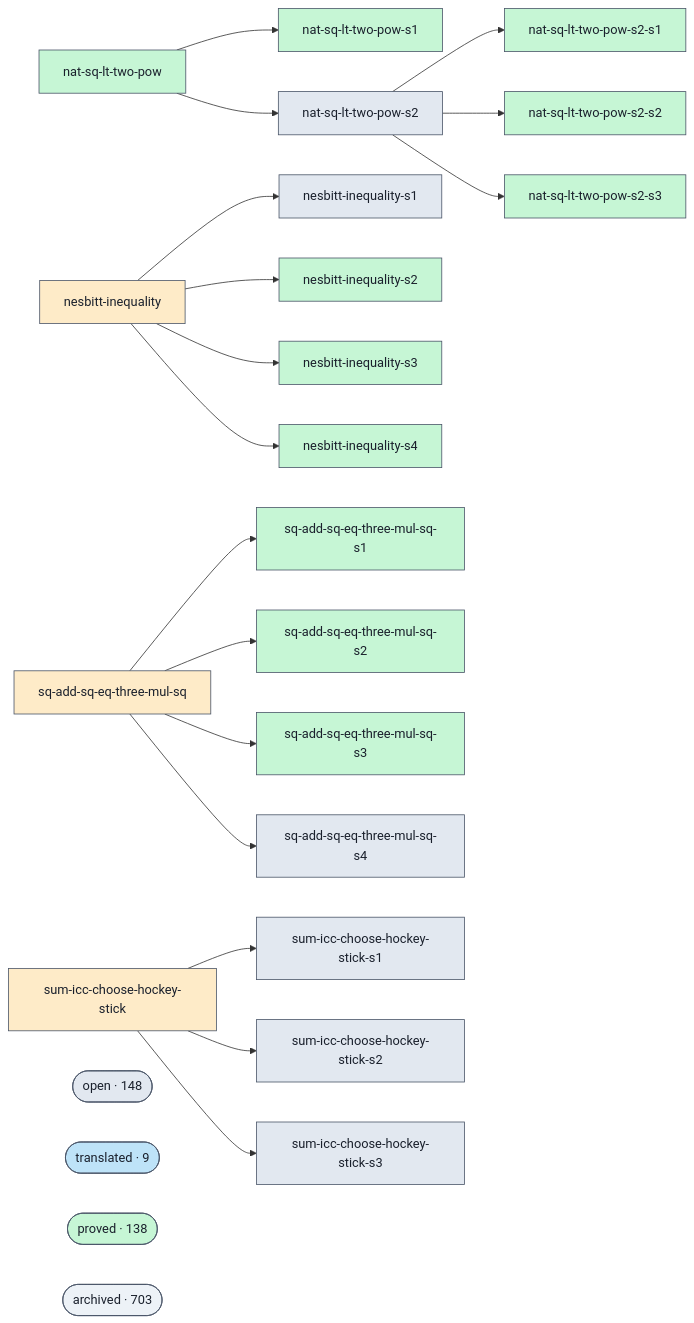
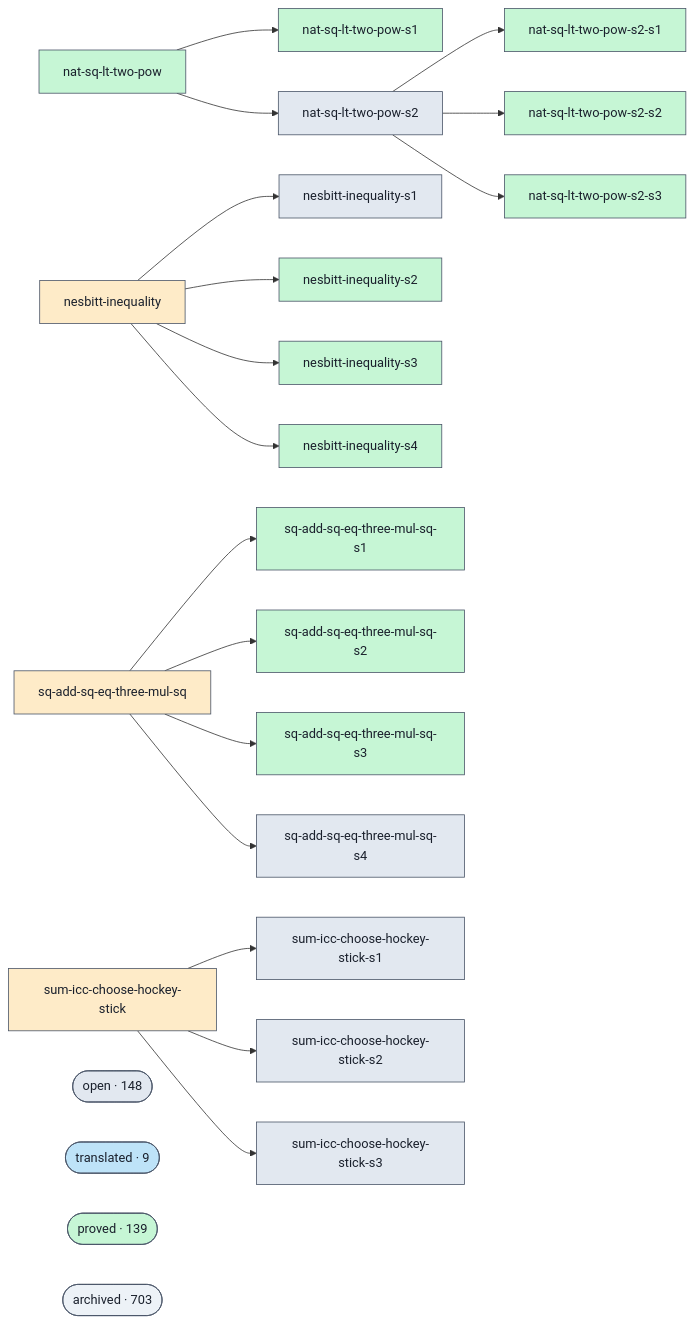
One commit to ohdearquant/unsorry changed the diagram in docs/proofs-contributors-visualisation.md. Above: the diagram before and after it, drawn with Mermaid. The commit also changed other lines of this file and 2 other files, not shown here.

```diff
--- a/docs/proofs-contributors-visualisation.md
+++ b/docs/proofs-contributors-visualisation.md
@@ -102,7 +102,7 @@
   class cluster_open open;
   cluster_translated(["translated · 9"])
   class cluster_translated translated;
-  cluster_proved(["proved · 138"])
+  cluster_proved(["proved · 139"])
   class cluster_proved proved;
   cluster_archived(["archived · 703"])
   class cluster_archived unknown;
```
